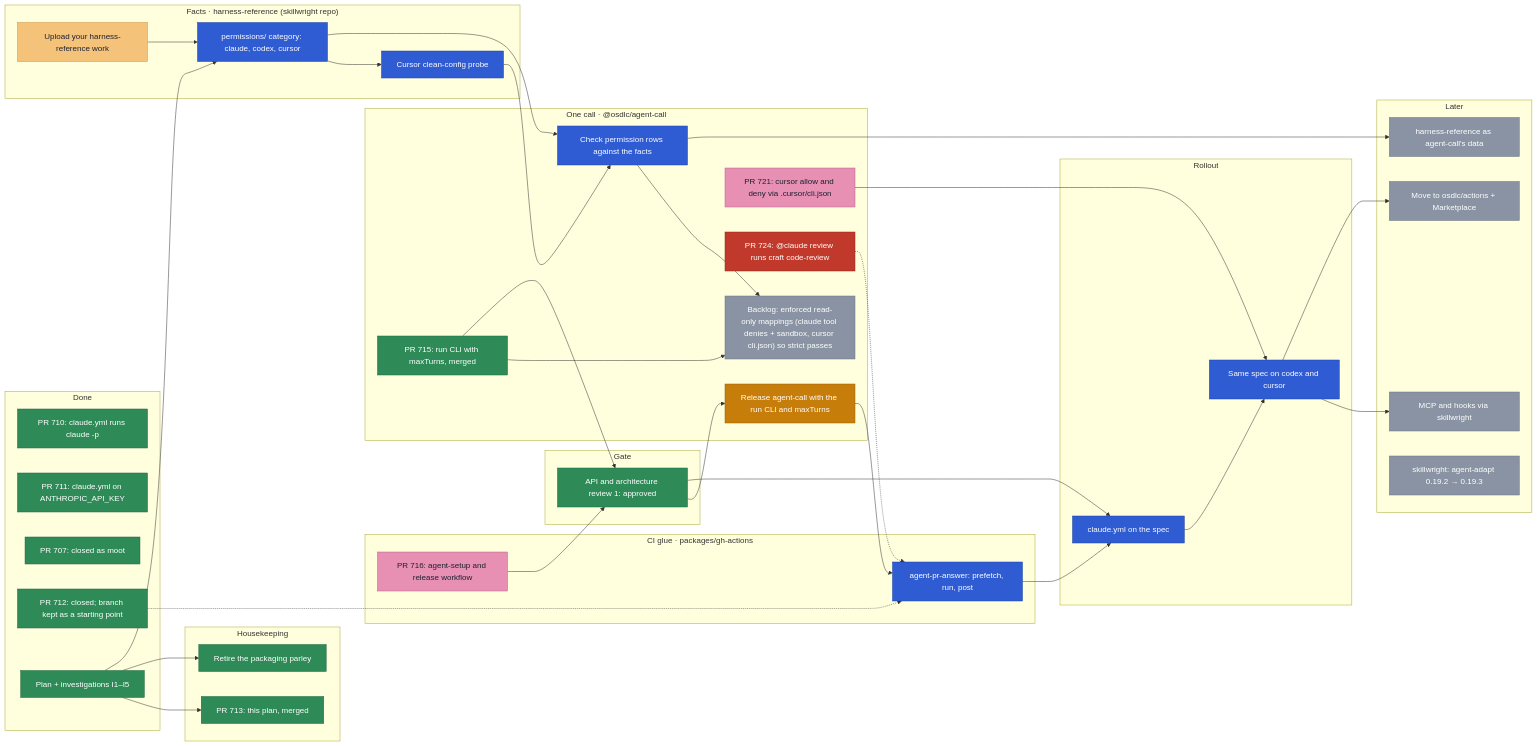
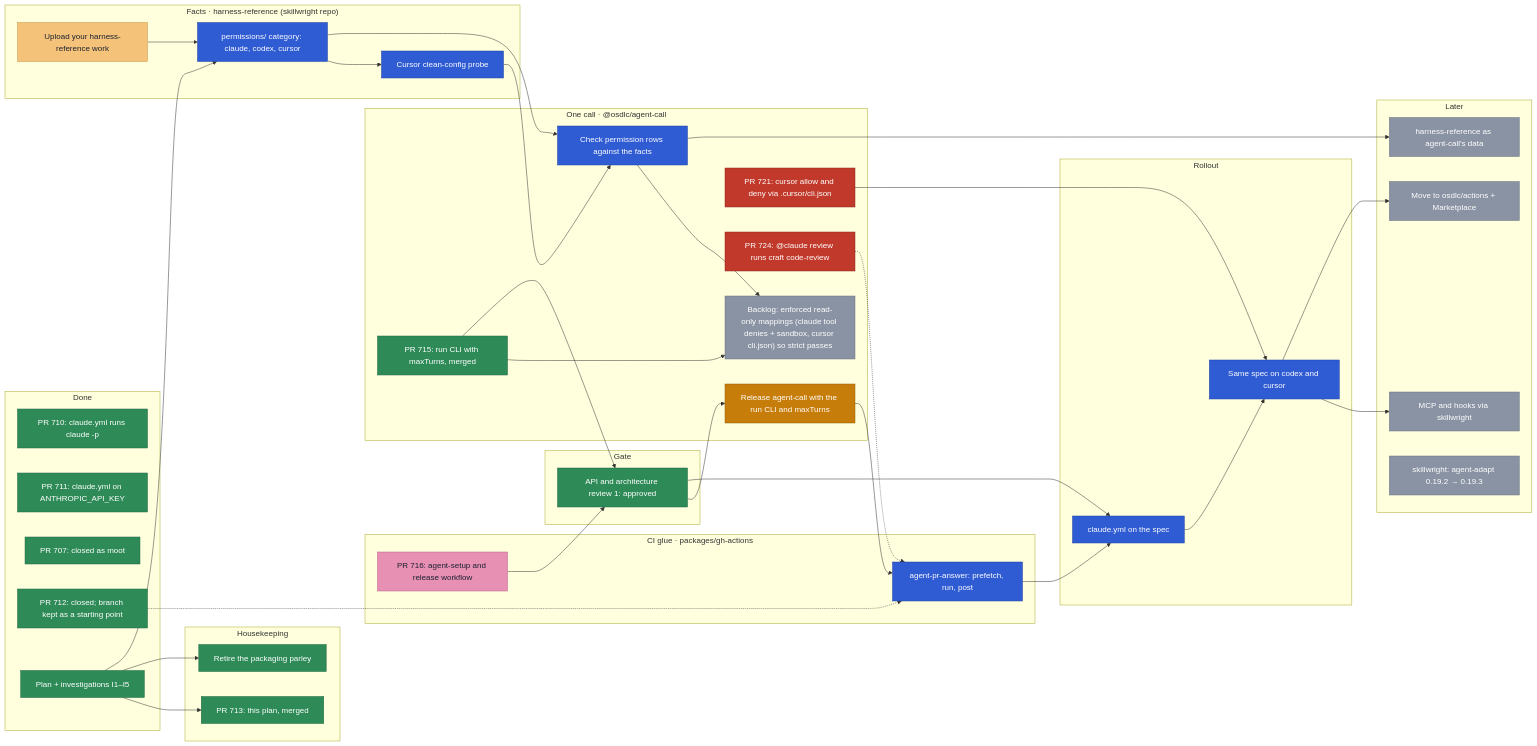
The diagram in docs/planning/agent-ci.md (osdlc/osdlc), drawn with Mermaid before and after one commit. The commit also changed other lines of this file, not shown here.

````diff
--- a/docs/planning/agent-ci.md
+++ b/docs/planning/agent-ci.md
@@ -118,6 +118,6 @@
   class REV blocked
   class PERM,PROBE,CHECK,ANS,SPEC,MULTI next
   class REL active
-  class CUR external
+  class CUR blocked
   class MCP,PUB,DATA,PIN,STRICT later
 ```
````
